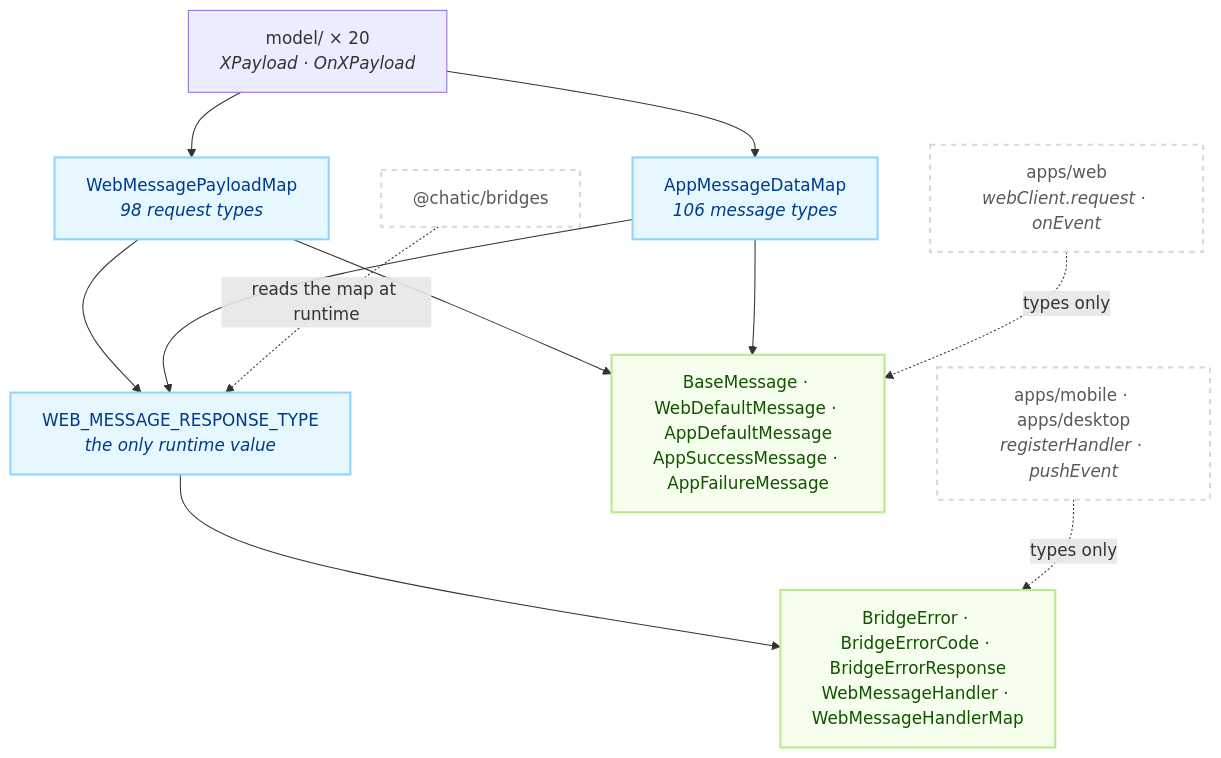
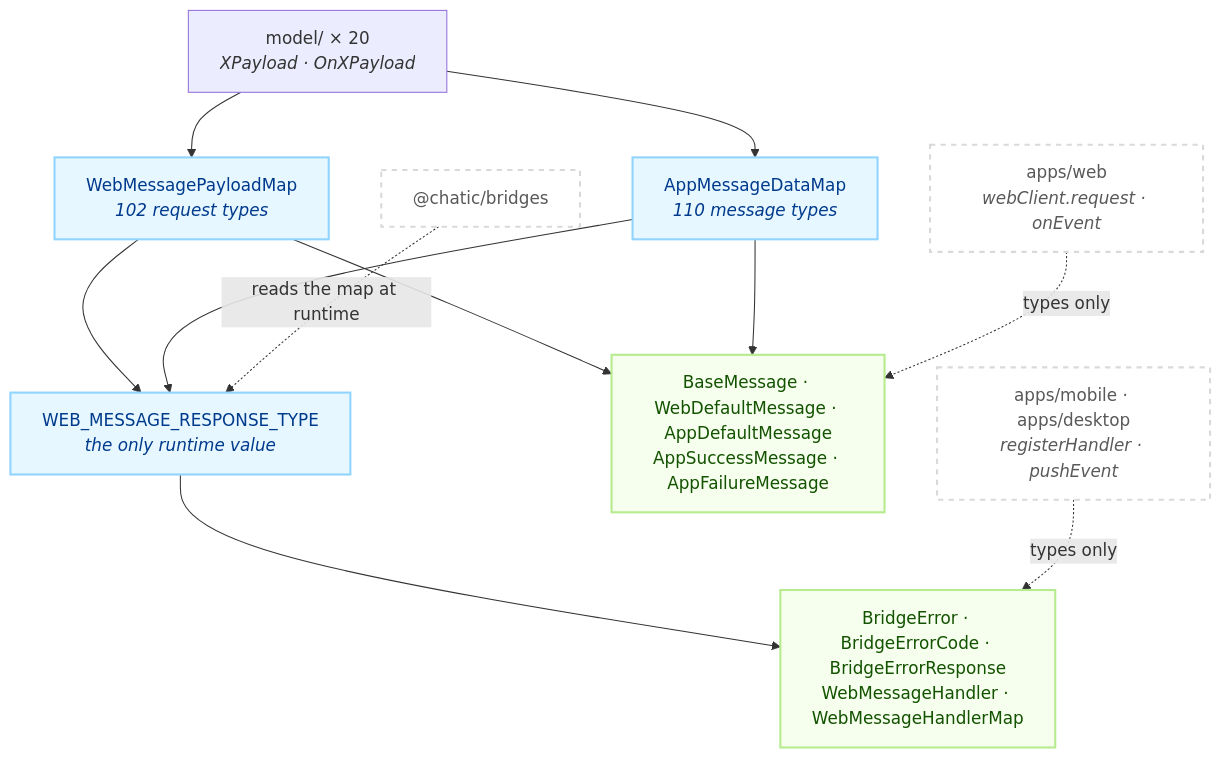
One commit to lemoncloud-io/dou-app changed the first of 2 diagrams in libs/app-messages/README.md. Above: the diagram before and after it, drawn with Mermaid. The commit also changed other lines of this file and 7 other files, not shown here.

````diff
--- a/libs/app-messages/README.md
+++ b/libs/app-messages/README.md
@@ -89,28 +89,28 @@
 ```mermaid
 flowchart TD
     classDef ext fill:#ffffff,stroke:#d9d9d9,stroke-width:2px,color:#595959,stroke-dasharray: 5 5;
     classDef map fill:#e6f7ff,stroke:#91d5ff,stroke-width:2px,color:#003a8c;
     classDef env fill:#f6ffed,stroke:#b7eb8f,stroke-width:2px,color:#135200;
 
     Model["model/ × 20<br/><i>XPayload · OnXPayload</i>"]
-    WM["WebMessagePayloadMap<br/><i>98 request types</i>"]:::map
-    AM["AppMessageDataMap<br/><i>106 message types</i>"]:::map
+    WM["WebMessagePayloadMap<br/><i>102 request types</i>"]:::map
+    AM["AppMessageDataMap<br/><i>110 message types</i>"]:::map
     RT["WEB_MESSAGE_RESPONSE_TYPE<br/><i>the only runtime value</i>"]:::map
     Env["BaseMessage · WebDefaultMessage · AppDefaultMessage<br/>AppSuccessMessage · AppFailureMessage"]:::env
     Err["BridgeError · BridgeErrorCode · BridgeErrorResponse<br/>WebMessageHandler · WebMessageHandlerMap"]:::env
 
     Web["apps/web<br/><i>webClient.request · onEvent</i>"]:::ext
     Shell["apps/mobile · apps/desktop<br/><i>registerHandler · pushEvent</i>"]:::ext
     Br["@chatic/bridges"]:::ext
 
     Model --> WM
     Model --> AM
     WM --> RT
     AM --> RT
     WM --> Env
     AM --> Env
     RT --> Err
     Br -.->|"reads the map at runtime"| RT
     Web -.->|"types only"| Env
     Shell -.->|"types only"| Err
 ```
````
